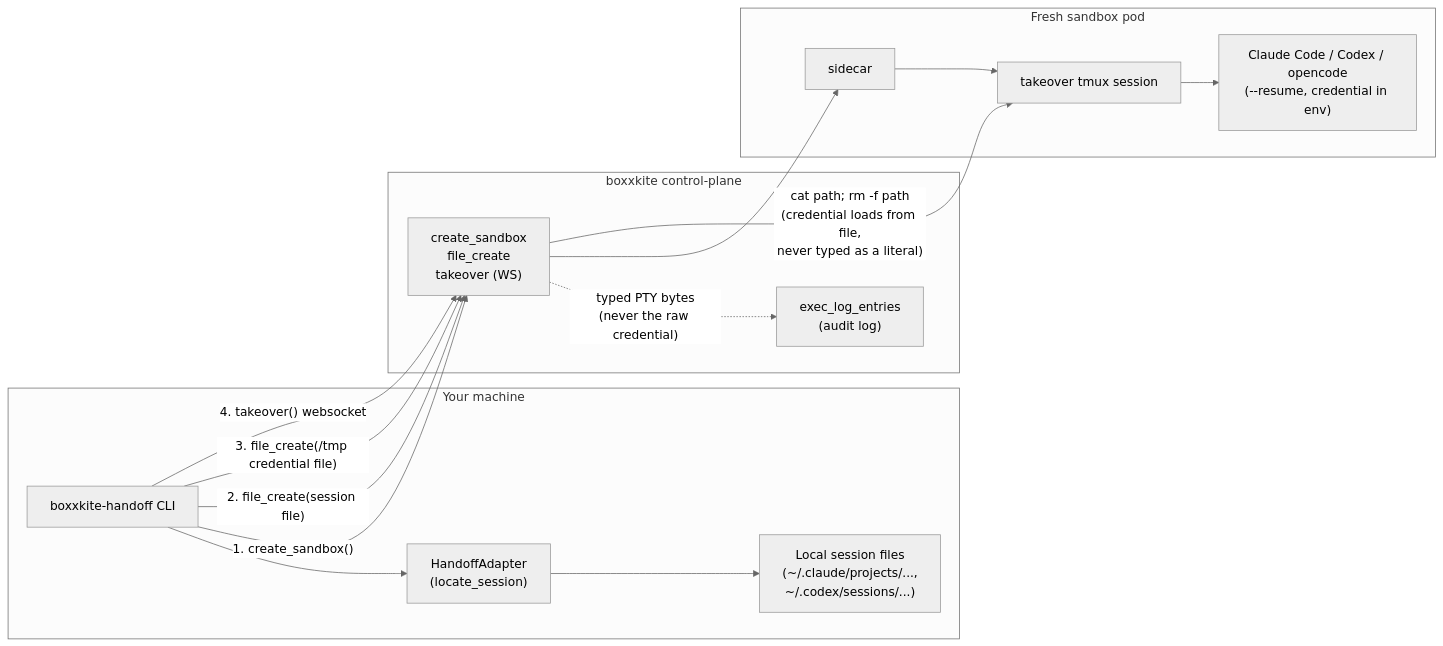
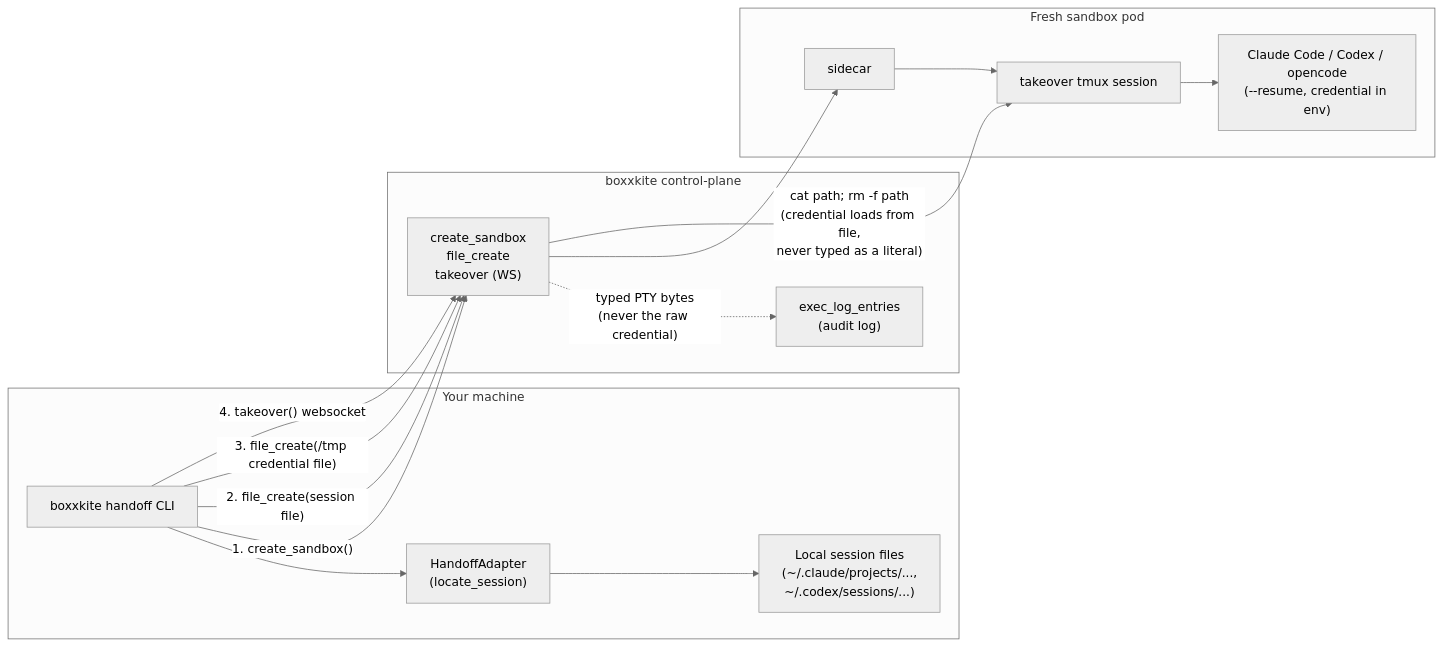
Before and after one commit to EvAlssment/boxxkite: the first of 2 diagrams in docs/handoff-adapters.md, drawn with Mermaid (neutral theme). The commit also changed other lines of this file and 38 other files, not shown here.

````diff
--- a/docs/handoff-adapters.md
+++ b/docs/handoff-adapters.md
@@ -49,29 +51,29 @@
 ```mermaid
 flowchart LR
     subgraph local["Your machine"]
-        cli["boxxkite-handoff CLI"]
+        cli["boxxkite handoff CLI"]
         adapter["HandoffAdapter\n(locate_session)"]
         files["Local session files\n(~/.claude/projects/...,\n~/.codex/sessions/...)"]
         cli --> adapter --> files
     end
 
     subgraph cloud["boxxkite control-plane"]
         cp["create_sandbox\nfile_create\ntakeover (WS)"]
         audit["exec_log_entries\n(audit log)"]
         cp -.->|"typed PTY bytes\n(never the raw credential)"| audit
     end
 
     subgraph sandbox["Fresh sandbox pod"]
         sidecar["sidecar"]
         pty["takeover tmux session"]
         tool["Claude Code / Codex / opencode\n(--resume, credential in env)"]
         sidecar --> pty --> tool
     end
 
     cli -->|"1. create_sandbox()"| cp
     cli -->|"2. file_create(session file)"| cp
     cli -->|"3. file_create(/tmp credential file)"| cp
     cli -->|"4. takeover() websocket"| cp
     cp --> sidecar
     cp -->|"cat path; rm -f path\n(credential loads from file,\nnever typed as a literal)"| pty
 ```
````
